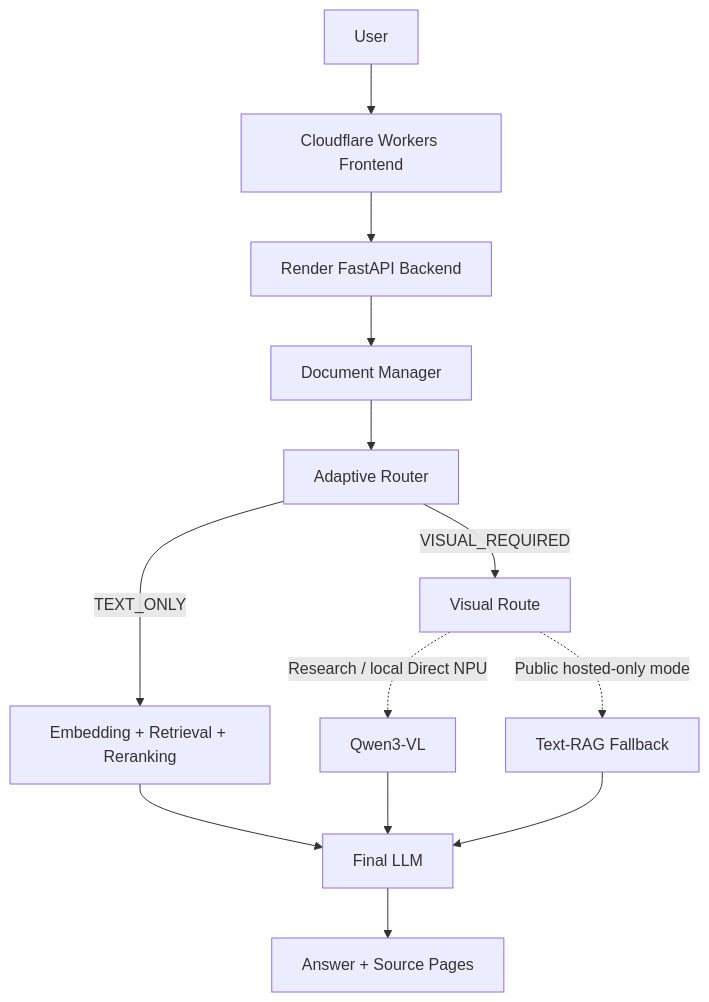
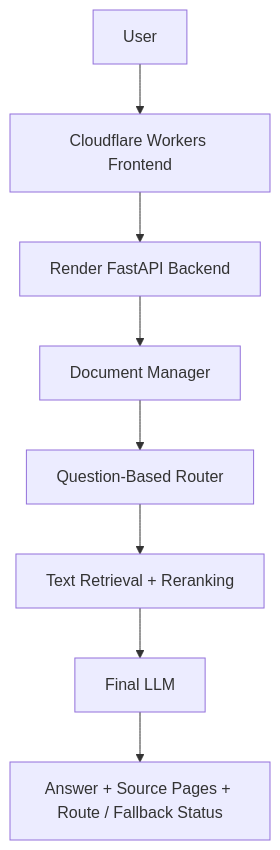
One commit to winter666-hub/adaptive-multimodal-rag changed the second of 2 diagrams in README.md. Above: the diagram before and after it, drawn with Mermaid. The commit also changed other lines of this file, not shown here.

Commit message:
docs: update README with ACK 2026 research results

````diff
--- a/README.md
+++ b/README.md
@@ -61,15 +124,10 @@
 ```mermaid
 flowchart TD
-    U[User] --> CF[Cloudflare Workers Frontend]
-    CF --> API[Render FastAPI Backend]
-    API --> DM[Document Manager]
-    DM --> AR[Adaptive Router]
-    AR -->|TEXT_ONLY| TR[Embedding + Retrieval + Reranking]
-    AR -->|VISUAL_REQUIRED| VR[Visual Route]
-    VR -. Research / local Direct NPU .-> VN[Qwen3-VL]
-    VR -. Public hosted-only mode .-> FB[Text-RAG Fallback]
-    TR --> LLM[Final LLM]
-    VN --> LLM
-    FB --> LLM
-    LLM --> OUT[Answer + Source Pages]
+    U["User"] --> CF["Cloudflare Workers Frontend"]
+    CF --> API["Render FastAPI Backend"]
+    API --> DM["Document Manager"]
+    DM --> QR["Question-Based Router"]
+    QR --> TR["Text Retrieval + Reranking"]
+    TR --> LLM["Final LLM"]
+    LLM --> OUT["Answer + Source Pages + Route / Fallback Status"]
 ```
````
